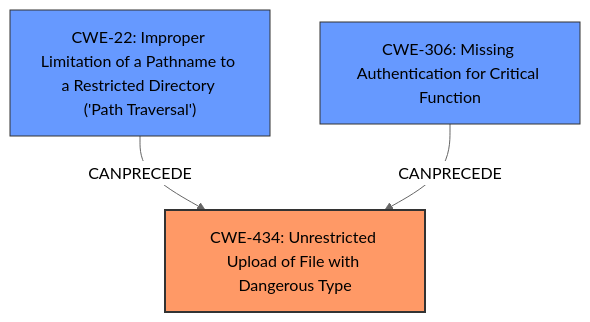
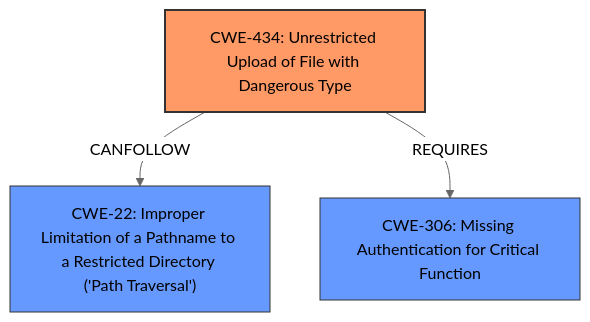
One commit to CyberSecAI/cwe_agent_assign_reports_2023 changed the diagram in CVE-2021-40870/CVE-2021-40870_analysis.md. Above: the diagram before and after it, drawn with Mermaid (neutral theme). The commit also changed other lines of this file and 902 other files, not shown here.

````diff
--- a/CVE-2021-40870/CVE-2021-40870_analysis.md
+++ b/CVE-2021-40870/CVE-2021-40870_analysis.md
@@ -19,14 +18,15 @@
 ```mermaid
 graph TD
     cwe434["CWE-434: Unrestricted Upload of File with Dangerous Type"]
     cwe22["CWE-22: Improper Limitation of a Pathname to a Restricted Directory ('Path Traversal')"]
     cwe306["CWE-306: Missing Authentication for Critical Function"]
-
-    cwe22 -->|CANPRECEDE| cwe434
-    cwe306 -->|CANPRECEDE| cwe434
+    
+    cwe434 -->|CANFOLLOW| cwe22
+    cwe434 -->|REQUIRES| cwe306
 
     classDef primary fill:#f96,stroke:#333,stroke-width:2px
     classDef secondary fill:#69f,stroke:#333
+    classDef tertiary fill:#9e9,stroke:#333
     class cwe434 primary
     class cwe22,cwe306 secondary
 ```
````
